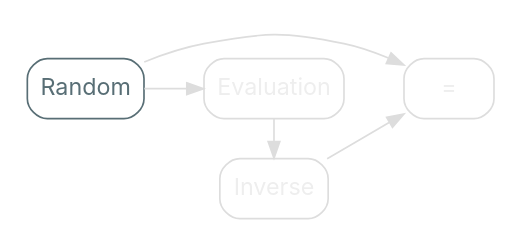
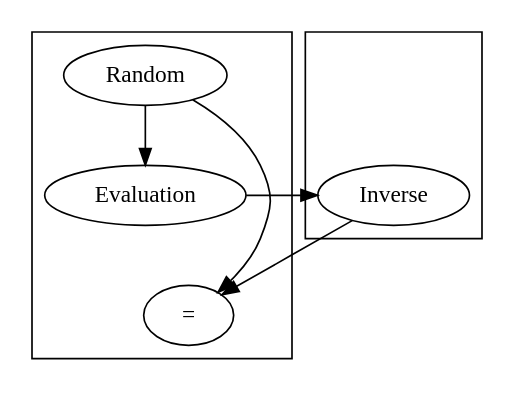
One commit to nrinaudo/much-ado-about-testing changed the diagram in src/graphviz/invertibility_input.dot. Above: the diagram before and after it, drawn with Graphviz. The commit also changed 98 other files, not shown here.

Commit message:
Use graphviz stylesheets

```diff
--- a/src/graphviz/invertibility_input.dot
+++ b/src/graphviz/invertibility_input.dot
@@ -1,30 +1,21 @@
 digraph {
-    bgcolor=transparent
-    rankdir=LR
-
-    // Default theme: enabled
-    node[shape="rectangle" style="rounded,filled" color="#586E75" fillcolor="#ffffff" fontcolor="#586E75" fontname="Inter,Arial"]
-    edge[color="#586E75" fontcolor="#000000" fontname="Inter,Arial" fontsize=11]
-
     subgraph cluster_0 {
-        color=transparent
         Input[label="Random"]
-        Evaluation[color="#dddddd" fontcolor="#eeeeee"]
-        Analysis[label="=" color="#dddddd" fontcolor="#eeeeee"]
+        Evaluation[class="disabled"]
+        Analysis[label="=" class="disabled"]
     }
 
     subgraph cluster_1 {
-        color=transparent
         Invis[style=invis]
-        Inverse[color="#dddddd" fontcolor="#eeeeee"]
+        Inverse[class="disabled"]
     }
 
     Input -> Invis[constraint=false style=invis]
     Invis -> Inverse[style=invis]
 
-    Input -> Evaluation[color="#dddddd"]
+    Input -> Evaluation[class="disabled"]
     Evaluation -> Analysis[style=invis]
-    Evaluation -> Inverse[constraint=false color="#dddddd"]
-    Inverse -> Analysis[color="#dddddd"]
-    Input -> Analysis[constraint=false color="#dddddd"]
+    Evaluation -> Inverse[constraint=false class="disabled"]
+    Inverse -> Analysis[class="disabled"]
+    Input -> Analysis[constraint=false class="disabled"]
 }
```
